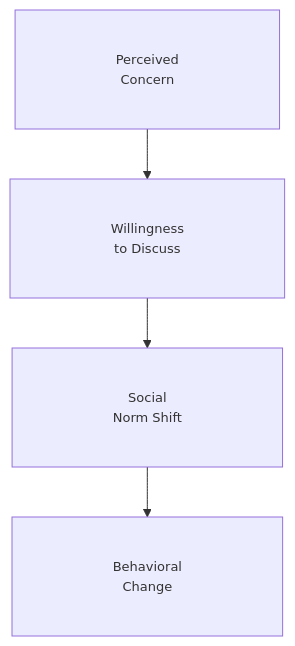
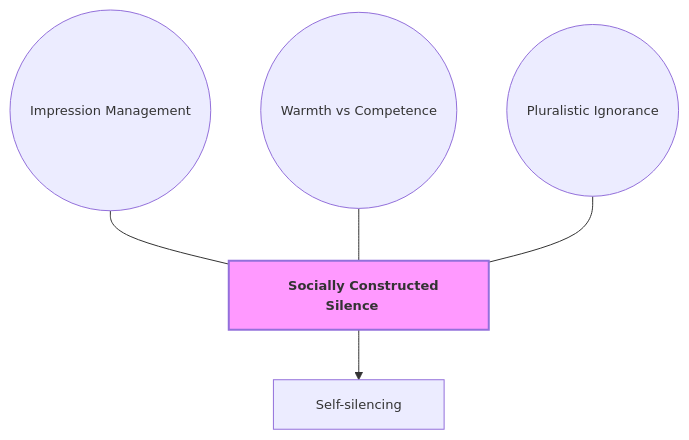
The third of 7 diagrams in Communication_Influence/Mastery_Guide_SOW_BS033.md (GM024/CourseSummaries), drawn with Mermaid before and after one commit. The commit also changed other lines of this file, not shown here.

Commit message:
Encyclopedia Edition: 300w abstracts, 500w How-to-remember, red-bold verbatim keywords, and APA Figures with detailed notes

````diff
--- a/Communication_Influence/Mastery_Guide_SOW_BS033.md
+++ b/Communication_Influence/Mastery_Guide_SOW_BS033.md
@@ -104,7 +133,13 @@
 ```mermaid
-%%{init: {'flowchart': {'padding': 40}, 'themeVariables': { 'fontSize': '13px' }}}%%
+%%{init: { 'flowchart': { 'padding': 15, 'nodeSpacing': 50, 'rankSpacing': 50, 'curve': 'basis' }, 'themeVariables': { 'fontSize': '13px' }}}%%
 graph TD
-    Perception["&nbsp;&nbsp;&nbsp;&nbsp; Perceived &nbsp;&nbsp;&nbsp;&nbsp;<br/>&nbsp;&nbsp;&nbsp;&nbsp; Concern &nbsp;&nbsp;&nbsp;&nbsp;"] --> Talk["&nbsp;&nbsp;&nbsp;&nbsp; Willingness &nbsp;&nbsp;&nbsp;&nbsp;<br/>&nbsp;&nbsp;&nbsp;&nbsp; to Discuss &nbsp;&nbsp;&nbsp;&nbsp;"]
-    Talk --> Norm["&nbsp;&nbsp;&nbsp;&nbsp; Social &nbsp;&nbsp;&nbsp;&nbsp;<br/>&nbsp;&nbsp;&nbsp;&nbsp; Norm Shift &nbsp;&nbsp;&nbsp;&nbsp;"]
-    Norm --> Behavior["&nbsp;&nbsp;&nbsp;&nbsp; Behavioral &nbsp;&nbsp;&nbsp;&nbsp;<br/>&nbsp;&nbsp;&nbsp;&nbsp; Change &nbsp;&nbsp;&nbsp;&nbsp;"]
+    Hub["&nbsp;&nbsp; Socially Constructed Silence &nbsp;&nbsp;"]:::hubNode
+    
+    S1(("&nbsp;&nbsp; Impression Management &nbsp;&nbsp;")) --- Hub
+    S2(("&nbsp;&nbsp; Warmth vs Competence &nbsp;&nbsp;")) --- Hub
+    S3(("&nbsp;&nbsp; Pluralistic Ignorance &nbsp;&nbsp;")) --- Hub
+    
+    Hub --> B1["&nbsp;&nbsp; Self-silencing &nbsp;&nbsp;"]
+    
+    classDef hubNode font-weight:bold,stroke-width:2px,fill:#f9f;
 ```
````
